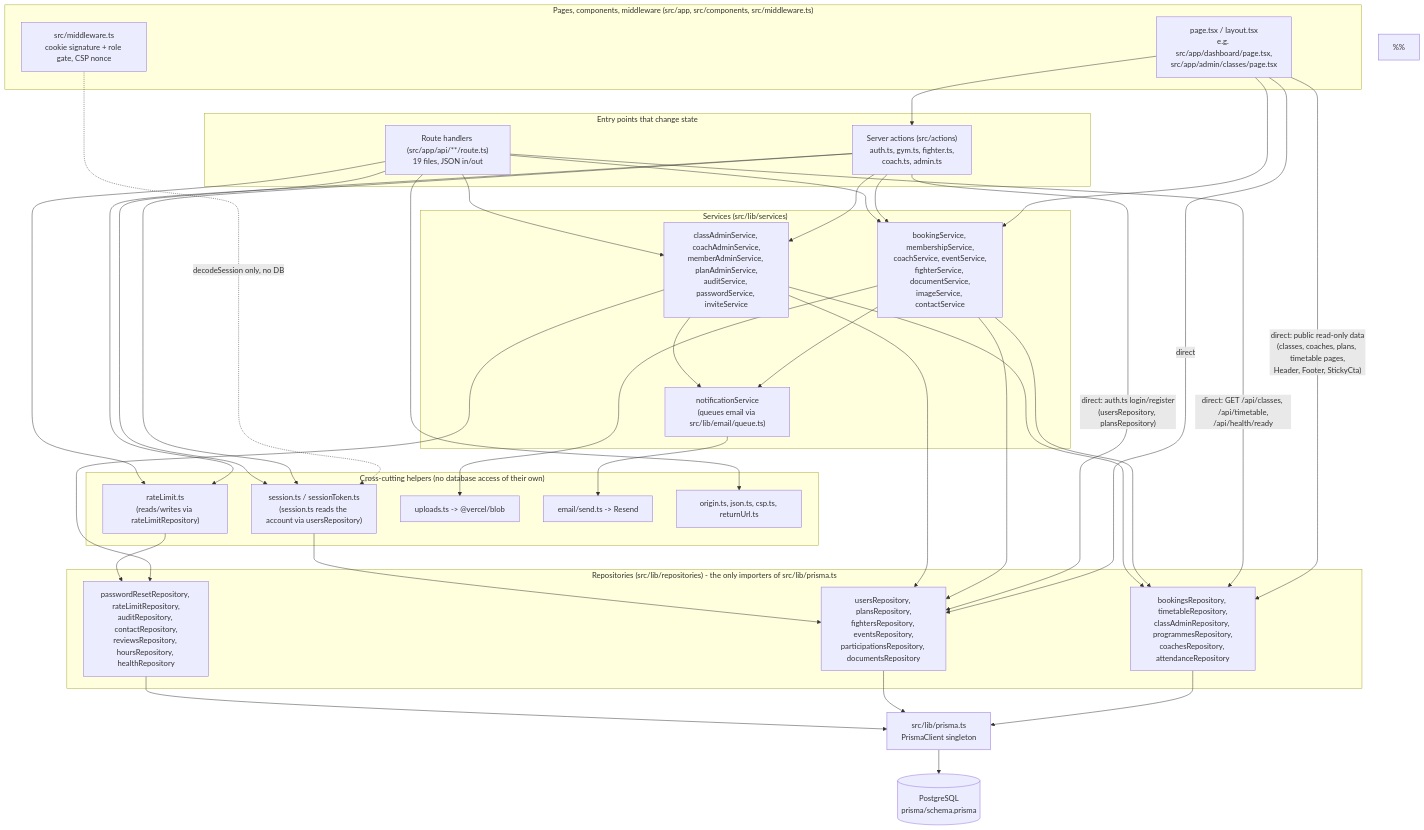
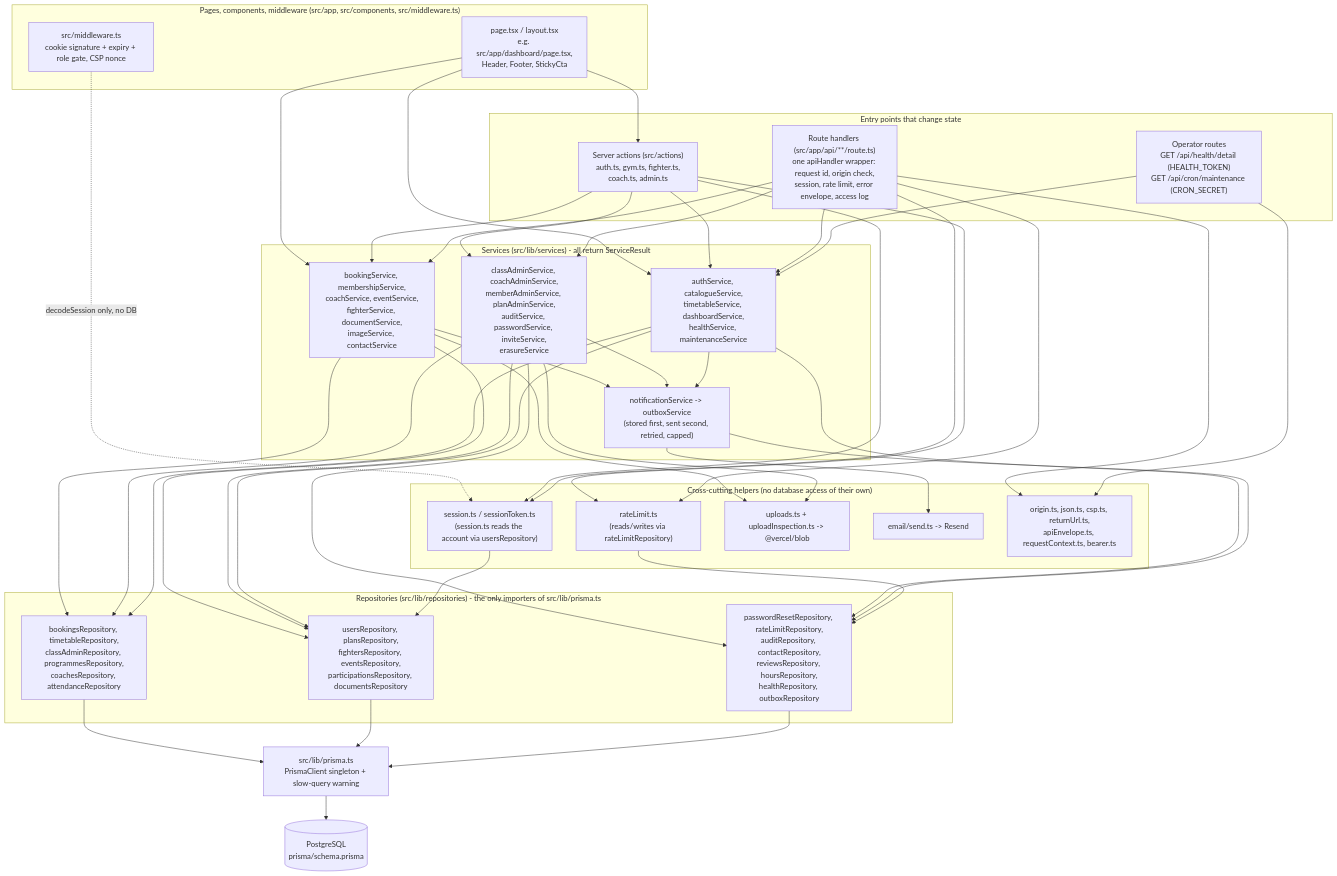
One commit to MJVCaccount/AppCo_PFCGym_Application changed the diagram in docs/task3/layers.mmd. Above: the diagram before and after it, drawn with Mermaid. The commit also changed 24 other files, not shown here.

First line of the commit message:
Update docs and diagrams for the back-end changes

```diff
--- a/docs/task3/layers.mmd
+++ b/docs/task3/layers.mmd
@@ -1,77 +1,80 @@
 flowchart TD
-%% Layering as it is in the code. Edges marked "direct" skip the service layer on purpose
-%% or by convention gap; each is listed in docs/AUDIT.md section 1 or verified below.
-%%
-%% Proof that only repositories import the Prisma client wrapper (run from the repo root):
-%%   grep -rln "lib/prisma\"" src | grep -v "^src/lib/repositories/"
-%%   -> no output (19 files match, all under src/lib/repositories/)
-%% Other files that mention @prisma/client in src/ (checked with
-%%   grep -rln "@prisma/client" src):
-%%   src/lib/prisma.ts      creates the client (the file the grep above is about)
-%%   src/lib/errors.ts      imports the Prisma error classes to map them, runs no query
-%% Everything else is under src/lib/repositories/.
-%% Tests may import prisma directly (tests/security.test.ts); that is not shipped code.
+%% Layering as it is in the code, and as tests/architecture.test.ts enforces it:
+%%   * only src/lib/services, src/lib/repositories, src/lib/session.ts and src/lib/rateLimit.ts
+%%     may import a repository (session.ts and rateLimit.ts use one narrow repository each, said in a comment)
+%%   * only src/lib/repositories may import src/lib/prisma.ts
+%% Pages, components, actions and routes reach data through a service. There are no "direct" edges.
+%% Tests may import repositories and prisma directly; that is not shipped code.
     subgraph UI["Pages, components, middleware (src/app, src/components, src/middleware.ts)"]
-        PG["page.tsx / layout.tsx<br/>e.g. src/app/dashboard/page.tsx,<br/>src/app/admin/classes/page.tsx"]
-        MW["src/middleware.ts<br/>cookie signature + role gate, CSP nonce"]
+        PG["page.tsx / layout.tsx<br/>e.g. src/app/dashboard/page.tsx,<br/>Header, Footer, StickyCta"]
+        MW["src/middleware.ts<br/>cookie signature + expiry + role gate, CSP nonce"]
     end
 
     subgraph ENTRY["Entry points that change state"]
         ACT["Server actions (src/actions)<br/>auth.ts, gym.ts, fighter.ts,<br/>coach.ts, admin.ts"]
-        RH["Route handlers (src/app/api/**/route.ts)<br/>19 files, JSON in/out"]
+        RH["Route handlers (src/app/api/**/route.ts)<br/>one apiHandler wrapper: request id, origin check,<br/>session, rate limit, error envelope, access log"]
+        OPS["Operator routes<br/>GET /api/health/detail (HEALTH_TOKEN)<br/>GET /api/cron/maintenance (CRON_SECRET)"]
     end
 
-    subgraph SVC["Services (src/lib/services)"]
+    subgraph SVC["Services (src/lib/services) - all return ServiceResult"]
         S1["bookingService, membershipService,<br/>coachService, eventService,<br/>fighterService, documentService,<br/>imageService, contactService"]
-        S2["classAdminService, coachAdminService,<br/>memberAdminService, planAdminService,<br/>auditService, passwordService, inviteService"]
-        S3["notificationService<br/>(queues email via src/lib/email/queue.ts)"]
+        S2["classAdminService, coachAdminService,<br/>memberAdminService, planAdminService,<br/>auditService, passwordService, inviteService,<br/>erasureService"]
+        S4["authService, catalogueService,<br/>timetableService, dashboardService,<br/>healthService, maintenanceService"]
+        S3["notificationService -> outboxService<br/>(stored first, sent second, retried, capped)"]
     end
 
     subgraph REPO["Repositories (src/lib/repositories) - the only importers of src/lib/prisma.ts"]
         R1["bookingsRepository, timetableRepository,<br/>classAdminRepository, programmesRepository,<br/>coachesRepository, attendanceRepository"]
         R2["usersRepository, plansRepository,<br/>fightersRepository, eventsRepository,<br/>participationsRepository, documentsRepository"]
-        R3["passwordResetRepository, rateLimitRepository,<br/>auditRepository, contactRepository,<br/>reviewsRepository, hoursRepository, healthRepository"]
+        R3["passwordResetRepository, rateLimitRepository,<br/>auditRepository, contactRepository,<br/>reviewsRepository, hoursRepository,<br/>healthRepository, outboxRepository"]
     end
 
-    PRISMA["src/lib/prisma.ts<br/>PrismaClient singleton"]
+    PRISMA["src/lib/prisma.ts<br/>PrismaClient singleton + slow-query warning"]
     DB[("PostgreSQL<br/>prisma/schema.prisma")]
 
     subgraph SUPPORT["Cross-cutting helpers (no database access of their own)"]
         SES["session.ts / sessionToken.ts<br/>(session.ts reads the account via usersRepository)"]
         RL["rateLimit.ts<br/>(reads/writes via rateLimitRepository)"]
-        UP["uploads.ts -> @vercel/blob"]
+        UP["uploads.ts + uploadInspection.ts -> @vercel/blob"]
         EM["email/send.ts -> Resend"]
-        OR["origin.ts, json.ts, csp.ts, returnUrl.ts"]
+        OR["origin.ts, json.ts, csp.ts, returnUrl.ts,<br/>apiEnvelope.ts, requestContext.ts, bearer.ts"]
     end
 
     MW -. "decodeSession only, no DB" .-> SES
     PG --> ACT
     PG --> S1
-    PG -- "direct: public read-only data<br/>(classes, coaches, plans, timetable pages,<br/>Header, Footer, StickyCta)" --> R1
-    PG -- "direct" --> R2
+    PG --> S4
     ACT --> S1
     ACT --> S2
-    ACT -- "direct: auth.ts login/register<br/>(usersRepository, plansRepository)" --> R2
+    ACT --> S4
     RH --> S1
     RH --> S2
-    RH -- "direct: GET /api/classes, /api/timetable,<br/>/api/health/ready" --> R1
+    RH --> S4
+    OPS --> S4
     RH --> OR
+    OPS --> OR
     ACT --> RL
     RH --> RL
     ACT --> SES
     RH --> SES
     S1 --> R1
     S1 --> R2
     S2 --> R1
     S2 --> R2
     S2 --> R3
+    S4 --> R1
+    S4 --> R2
+    S4 --> R3
     S1 --> S3
     S2 --> S3
+    S4 --> S3
+    S3 --> R3
     S1 --> UP
+    S2 --> UP
     S3 --> EM
     R1 --> PRISMA
     R2 --> PRISMA
     R3 --> PRISMA
     PRISMA --> DB
     SES --> R2
     RL --> R3
```
